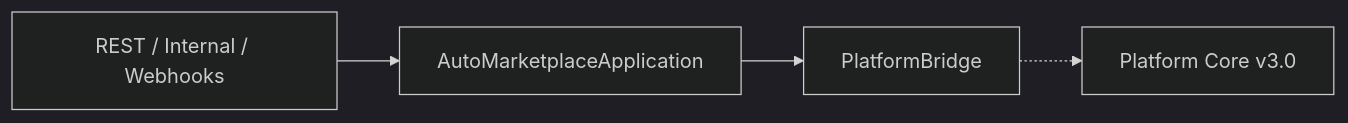
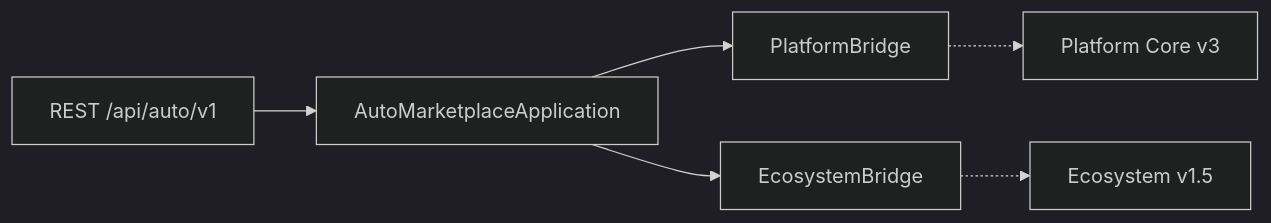
One commit to okeysiri11/telegram-ai-crm-bot changed diagram 17 of 31 in docs/architecture.md. Above: the diagram before and after it, drawn with Mermaid (dark theme). The commit also changed other lines of this file and 28 other files, not shown here.

````diff
--- a/docs/architecture.md
+++ b/docs/architecture.md
@@ -494,9 +494,12 @@
 ```mermaid
 flowchart LR
     AM[AutoMarketplaceApplication]
-    API[REST / Internal / Webhooks]
+    API[REST /api/auto/v1]
     PB[PlatformBridge]
-    PC[Platform Core v3.0]
+    EB[EcosystemBridge]
+    PC[Platform Core v3]
+    Eco[Ecosystem v1.5]
 
     API --> AM --> PB -.-> PC
+    AM --> EB -.-> Eco
 ```
````
